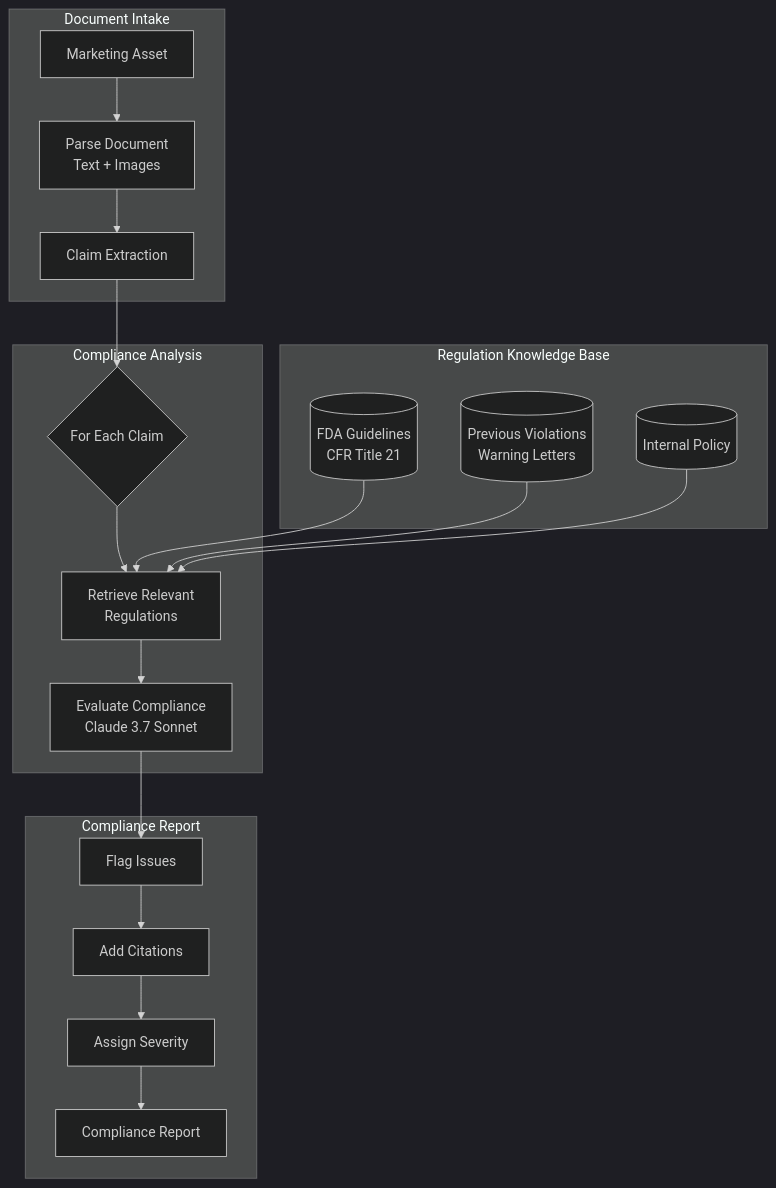
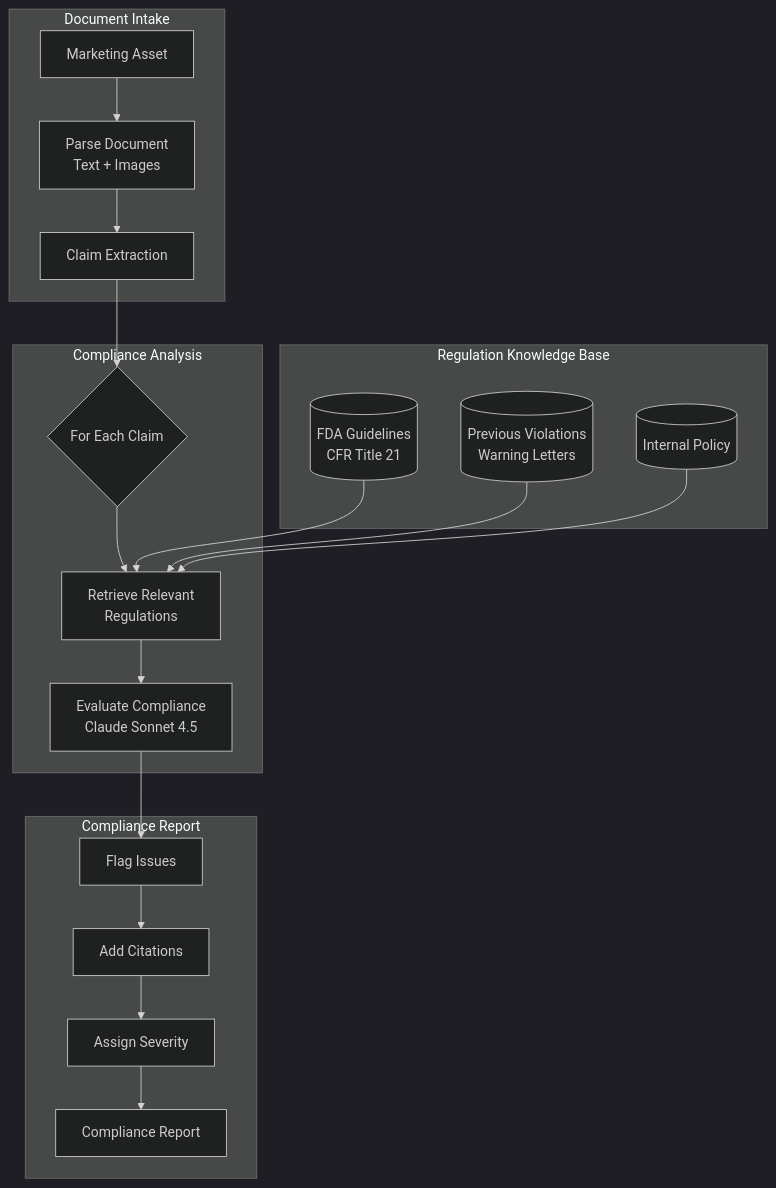
One commit to SyedMoasib000/ai-system-design-guide changed the first of 3 diagrams in 16-case-studies/12-compliance-automation.md. Above: the diagram before and after it, drawn with Mermaid (dark theme). The commit also changed 21 other files, not shown here.

Commit message:
docs: update model references to verified Dec 2025 names (GPT-5.2, Claude Sonnet 4.5)

````diff
--- a/16-case-studies/12-compliance-automation.md
+++ b/16-case-studies/12-compliance-automation.md
@@ -24,29 +24,29 @@
 ```mermaid
 flowchart TB
     subgraph Intake["Document Intake"]
         DOC[Marketing Asset] --> PARSE[Parse Document<br/>Text + Images]
         PARSE --> CLAIMS[Claim Extraction]
     end
 
     subgraph Regulations["Regulation Knowledge Base"]
         FDA[(FDA Guidelines<br/>CFR Title 21)]
         PRECEDENT[(Previous Violations<br/>Warning Letters)]
         INTERNAL[(Internal Policy)]
     end
 
     subgraph Analysis["Compliance Analysis"]
         CLAIMS --> CHECK{For Each Claim}
         CHECK --> RETRIEVE[Retrieve Relevant<br/>Regulations]
         FDA --> RETRIEVE
         PRECEDENT --> RETRIEVE
         INTERNAL --> RETRIEVE
-        RETRIEVE --> EVALUATE[Evaluate Compliance<br/>Claude 3.7 Sonnet]
+        RETRIEVE --> EVALUATE[Evaluate Compliance<br/>Claude Sonnet 4.5]
     end
 
     subgraph Output["Compliance Report"]
         EVALUATE --> ISSUES[Flag Issues]
         ISSUES --> CITE[Add Citations]
         CITE --> SEVERITY[Assign Severity]
         SEVERITY --> REPORT[Compliance Report]
     end
 ```
````
